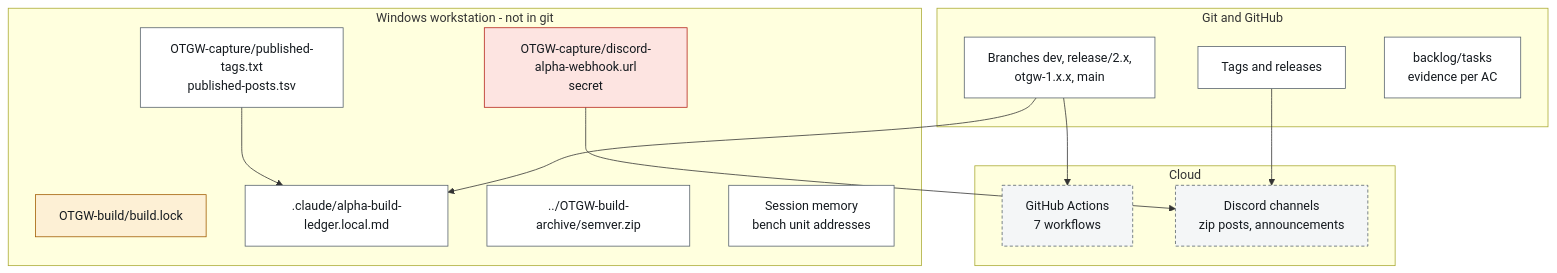
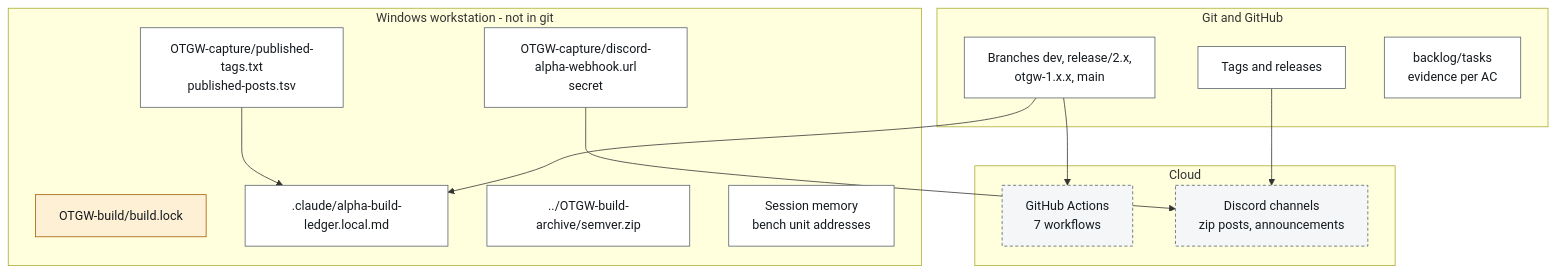
Before and after one commit to rvdbreemen/OTGW-firmware: diagram 31 of 51 in docs/process/agentic-setup.md, drawn with Mermaid. The commit also changed other lines of this file, not shown here.

````diff
--- a/docs/process/agentic-setup.md
+++ b/docs/process/agentic-setup.md
@@ -1876,31 +1879,31 @@
 ```mermaid
 flowchart TB
   classDef store fill:#ffffff,stroke:#56616c,color:#151a1f
   classDef ext fill:#f4f6f7,stroke:#56616c,color:#151a1f,stroke-dasharray:4 3
   classDef gate fill:#fdf0d5,stroke:#a15c00,color:#151a1f
   classDef stop fill:#fde4e1,stroke:#b42318,color:#151a1f
 
   subgraph WS["Windows workstation - not in git"]
     LK["OTGW-build/build.lock"]:::gate
     PT["OTGW-capture/published-tags.txt<br/>published-posts.tsv"]:::store
-    WH["OTGW-capture/discord-alpha-webhook.url<br/>secret"]:::stop
+    WH["OTGW-capture/discord-alpha-webhook.url<br/>secret"]:::store
     LD[".claude/alpha-build-ledger.local.md"]:::store
     ARC["../OTGW-build-archive/semver.zip"]:::store
     MEM["Session memory<br/>bench unit addresses"]:::store
   end
   subgraph GIT["Git and GitHub"]
     BR["Branches dev, release/2.x,<br/>otgw-1.x.x, main"]:::store
     TG["Tags and releases"]:::store
     BK["backlog/tasks<br/>evidence per AC"]:::store
   end
   subgraph CL["Cloud"]
     GA["GitHub Actions<br/>7 workflows"]:::ext
     DS["Discord channels<br/>zip posts, announcements"]:::ext
   end
 
   BR --> GA
   PT --> LD
   BR --> LD
   WH --> DS
   TG --> DS
 ```
````
